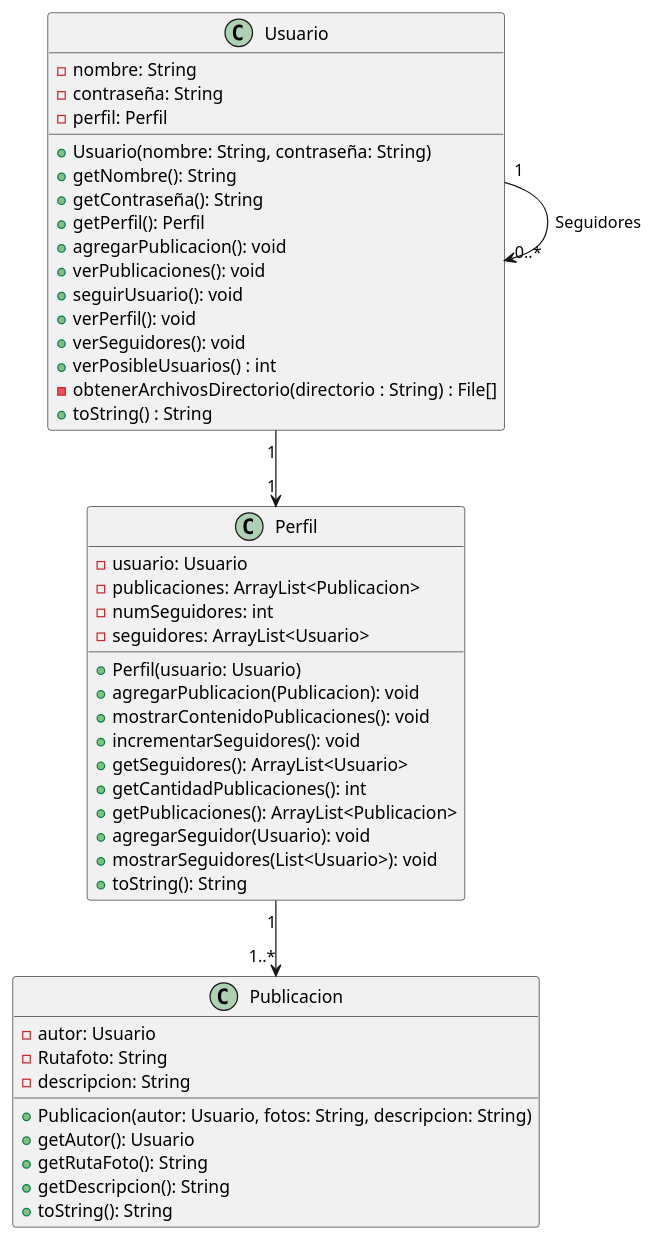
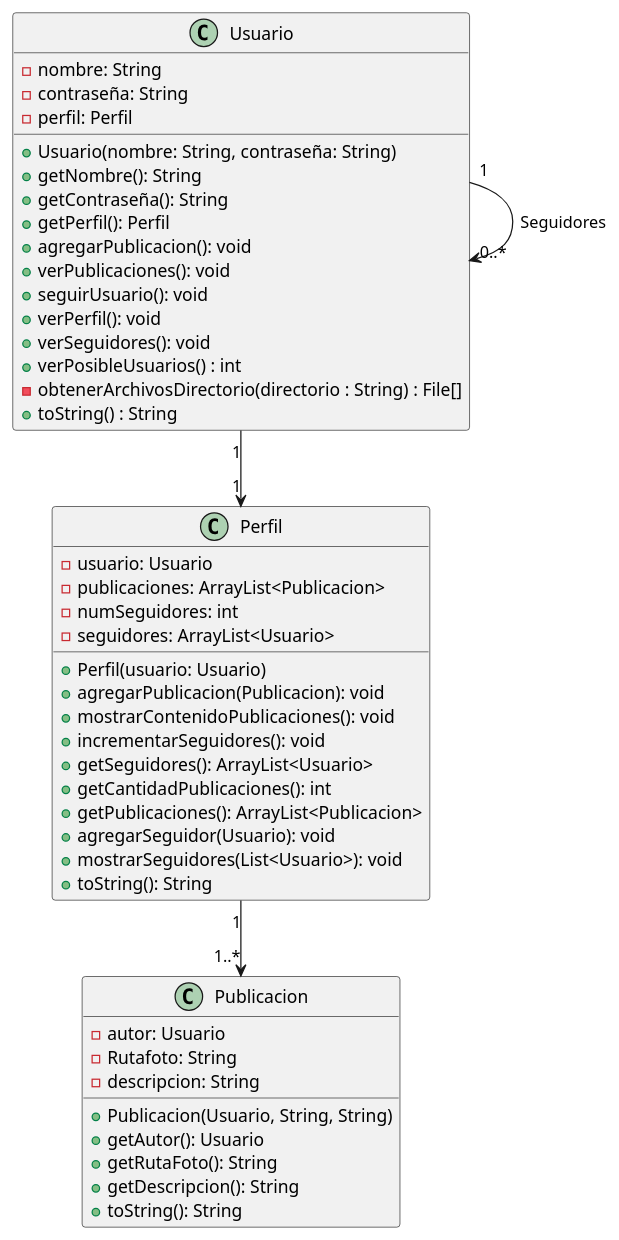
The diagram in XP/Coding/Instagram/src/Instagram.puml (eddyarias/Proyecto_IB_MetodologiasAgiles), drawn with PlantUML before and after one commit. The commit also changed other lines of this file and 1 other file, not shown here.

Commit message:
chore: Diagrama de Clases actualizado

```diff
--- a/XP/Coding/Instagram/src/Instagram.puml
+++ b/XP/Coding/Instagram/src/Instagram.puml
@@ -1,53 +1,53 @@
 @startuml
 
 class Usuario {
   -nombre: String
   -contraseña: String
   -perfil: Perfil
   +Usuario(nombre: String, contraseña: String)
   +getNombre(): String
   +getContraseña(): String
   +getPerfil(): Perfil
   +agregarPublicacion(): void
   +verPublicaciones(): void
   +seguirUsuario(): void
   +verPerfil(): void
   +verSeguidores(): void
   + verPosibleUsuarios() : int
   - obtenerArchivosDirectorio(directorio : String) : File[]
   + toString() : String
 }
 
 class Perfil {
   -usuario: Usuario
   -publicaciones: ArrayList<Publicacion>
   -numSeguidores: int
   -seguidores: ArrayList<Usuario>
   +Perfil(usuario: Usuario)
   +agregarPublicacion(Publicacion): void
   +mostrarContenidoPublicaciones(): void
   +incrementarSeguidores(): void
   +getSeguidores(): ArrayList<Usuario>
   +getCantidadPublicaciones(): int
   +getPublicaciones(): ArrayList<Publicacion>
   +agregarSeguidor(Usuario): void
   +mostrarSeguidores(List<Usuario>): void
   +toString(): String
 }
 
 class Publicacion {
   -autor: Usuario
   -Rutafoto: String
   -descripcion: String
-  +Publicacion(autor: Usuario, fotos: String, descripcion: String)
+  +Publicacion(Usuario, String, String)
   +getAutor(): Usuario
   +getRutaFoto(): String
   +getDescripcion(): String
   +toString(): String
 }
 
 Usuario "1" --> "1" Perfil
 Perfil "1" --> "1..*" Publicacion
 Usuario "1" --> "0..*" Usuario:Seguidores
 
 @enduml
```
